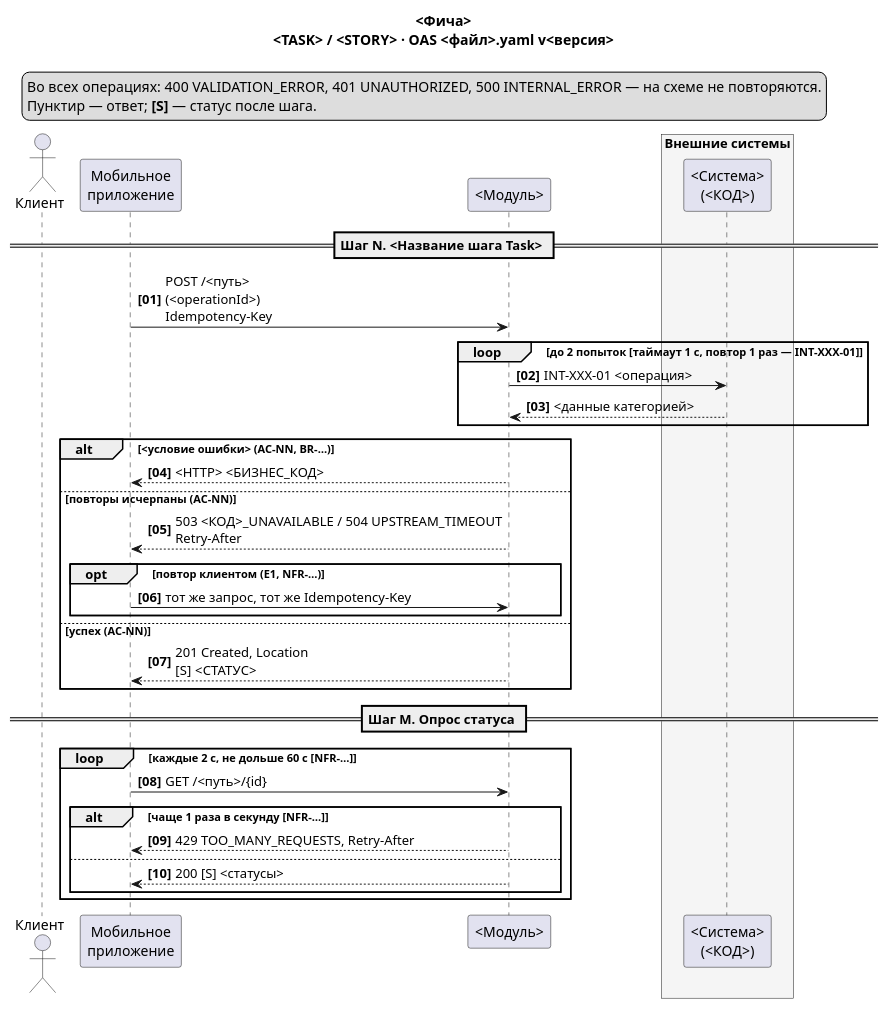
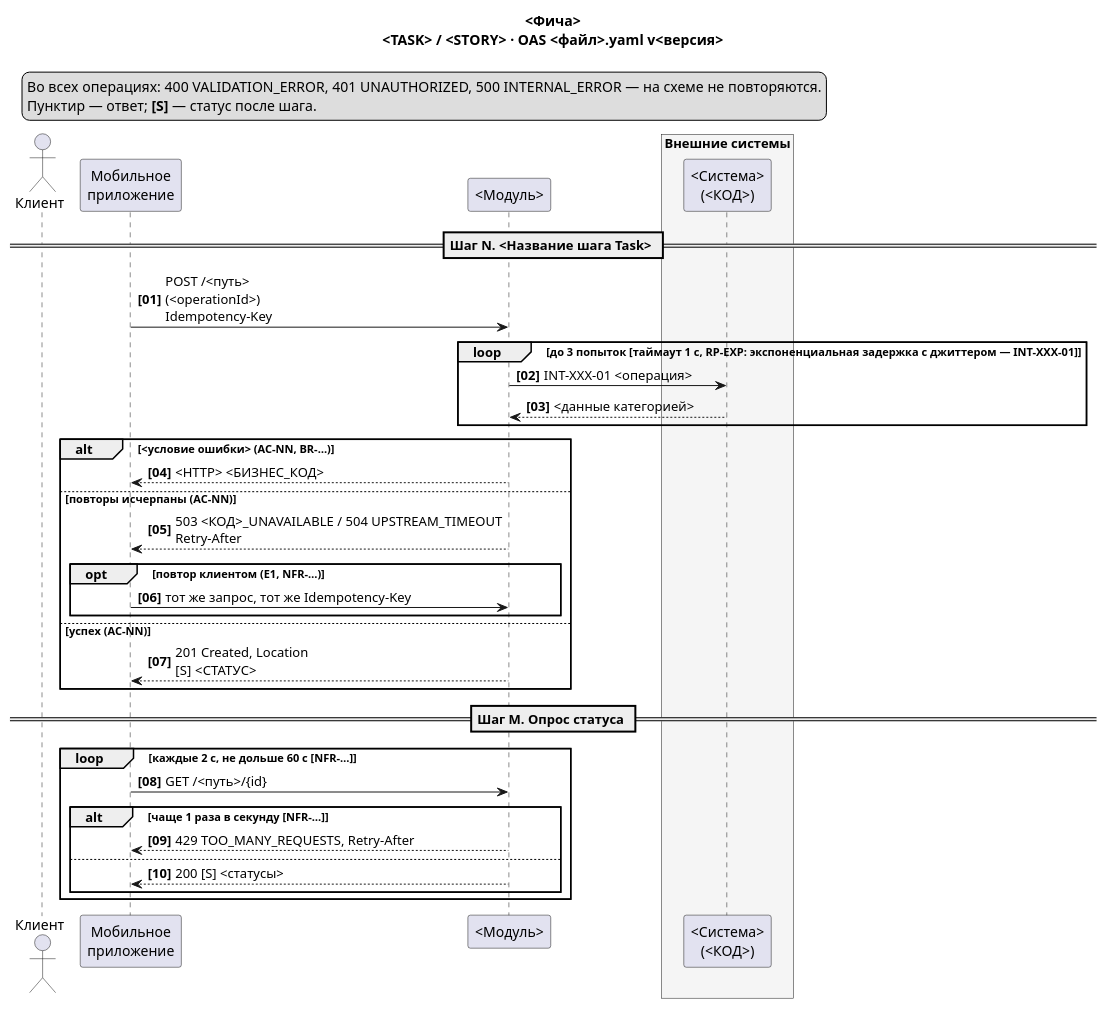
The diagram in skills/oas-from-jira/SKILL.md (ZvonMonet/open-API-spec-for-digital-rub-skill), drawn with PlantUML before and after one commit. The commit also changed other lines of this file and 15 other files, not shown here.

````diff
--- a/skills/oas-from-jira/SKILL.md
+++ b/skills/oas-from-jira/SKILL.md
@@ -214,47 +215,47 @@
 ```plantuml
 @startuml <продукт>-<область>-sequence
 title <Фича>\n<TASK> / <STORY> · OAS <файл>.yaml v<версия>
 autonumber "<b>[00]"
 skinparam responseMessageBelowArrow true
 skinparam sequenceMessageAlign left
 
 actor "Клиент" as User
 participant "Мобильное\nприложение" as App
 participant "<Модуль>" as M
 box "Внешние системы" #F5F5F5
   participant "<Система>\n(<КОД>)" as EXT
 end box
 
 legend top left
   Во всех операциях: 400 VALIDATION_ERROR, 401 UNAUTHORIZED, 500 INTERNAL_ERROR — на схеме не повторяются.
   Пунктир — ответ; <b>[S]</b> — статус после шага.
 endlegend
 
 == Шаг N. <Название шага Task> ==
 App -> M : POST /<путь>\n(<operationId>)\nIdempotency-Key
-loop до 2 попыток [таймаут 1 с, повтор 1 раз — INT-XXX-01]
+loop до 3 попыток [таймаут 1 с, RP-EXP: экспоненциальная задержка с джиттером — INT-XXX-01]
   M -> EXT : INT-XXX-01 <операция>
   EXT --> M : <данные категорией>
 end
 alt <условие ошибки> (AC-NN, BR-…)
   M --> App : <HTTP> <БИЗНЕС_КОД>
 else повторы исчерпаны (AC-NN)
   M --> App : 503 <КОД>_UNAVAILABLE / 504 UPSTREAM_TIMEOUT\nRetry-After
   opt повтор клиентом (E1, NFR-…)
     App -> M : тот же запрос, тот же Idempotency-Key
   end
 else успех (AC-NN)
   M --> App : 201 Created, Location\n[S] <СТАТУС>
 end
 
 == Шаг M. Опрос статуса ==
 loop каждые 2 с, не дольше 60 с [NFR-…]
   App -> M : GET /<путь>/{id}
   alt чаще 1 раза в секунду [NFR-…]
     M --> App : 429 TOO_MANY_REQUESTS, Retry-After
   else
     M --> App : 200 [S] <статусы>
   end
 end
 @enduml
 ```
````
